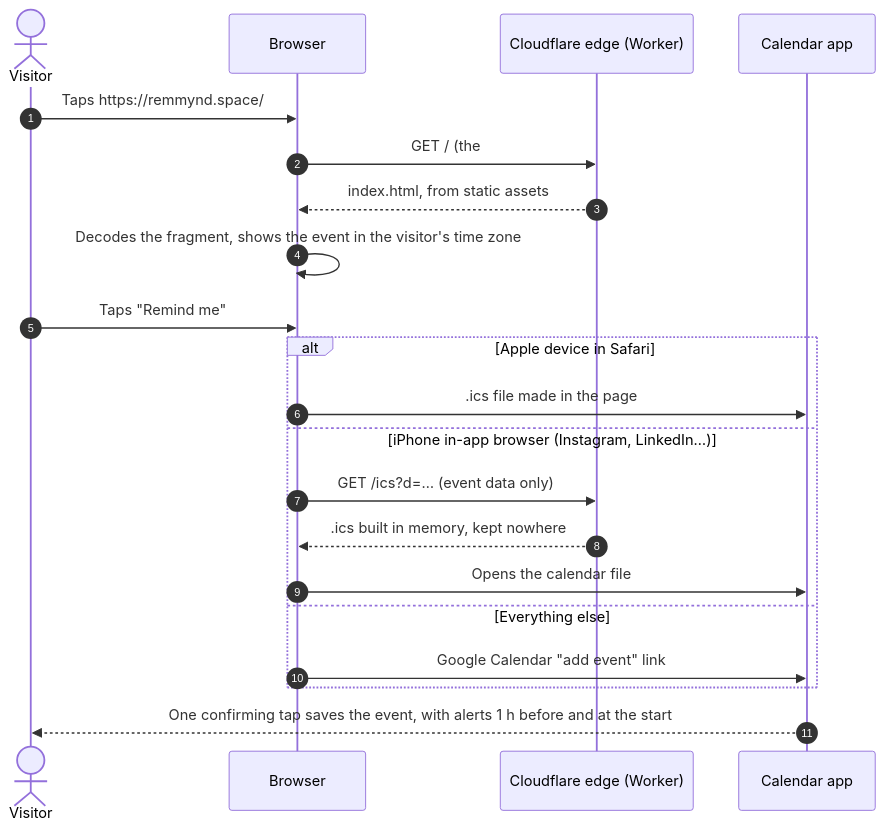
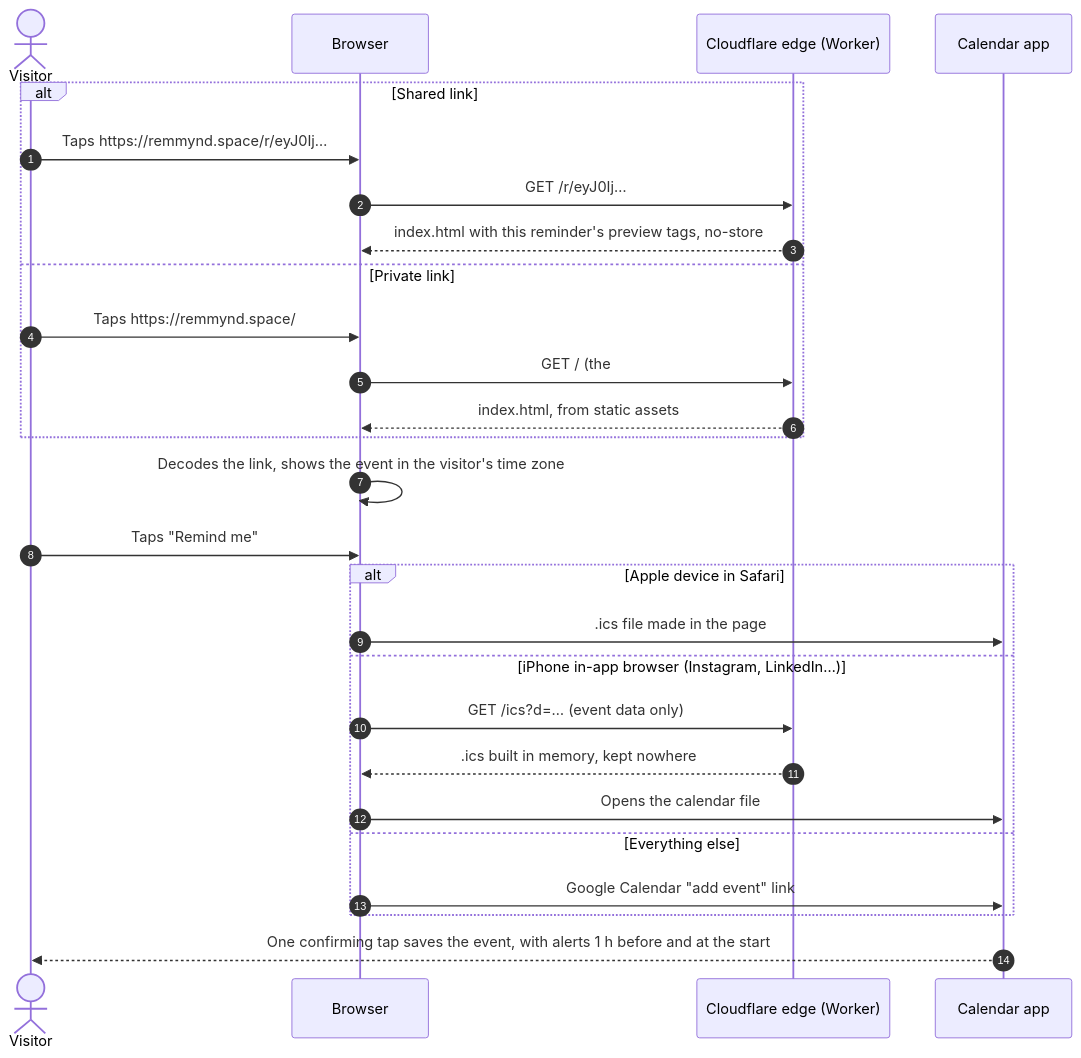
Before and after one commit to Remmynd/remmynd: the first of 4 diagrams in docs/ARCHITECTURE.md, drawn with Mermaid. The commit also changed other lines of this file and 63 other files, not shown here.

````diff
--- a/docs/ARCHITECTURE.md
+++ b/docs/ARCHITECTURE.md
@@ -36,24 +44,30 @@
 ```mermaid
 sequenceDiagram
     autonumber
     actor V as Visitor
     participant B as Browser
     participant E as Cloudflare edge (Worker)
     participant C as Calendar app
 
-    V->>B: Taps https://remmynd.space/#eyJ0Ij…
-    B->>E: GET /  (the #fragment is never sent)
-    E-->>B: index.html, from static assets
-    B->>B: Decodes the fragment, shows the event in the visitor's time zone
+    alt Shared link
+        V->>B: Taps https://remmynd.space/r/eyJ0Ij…
+        B->>E: GET /r/eyJ0Ij…
+        E-->>B: index.html with this reminder's preview tags, no-store
+    else Private link
+        V->>B: Taps https://remmynd.space/#eyJ0Ij…
+        B->>E: GET /  (the #fragment is never sent)
+        E-->>B: index.html, from static assets
+    end
+    B->>B: Decodes the link, shows the event in the visitor's time zone
     V->>B: Taps "Remind me"
     alt Apple device in Safari
         B->>C: .ics file made in the page
     else iPhone in-app browser (Instagram, LinkedIn…)
         B->>E: GET /ics?d=… (event data only)
         E-->>B: .ics built in memory, kept nowhere
         B->>C: Opens the calendar file
     else Everything else
         B->>C: Google Calendar "add event" link
     end
     C-->>V: One confirming tap saves the event, with alerts 1 h before and at the start
 ```
````
